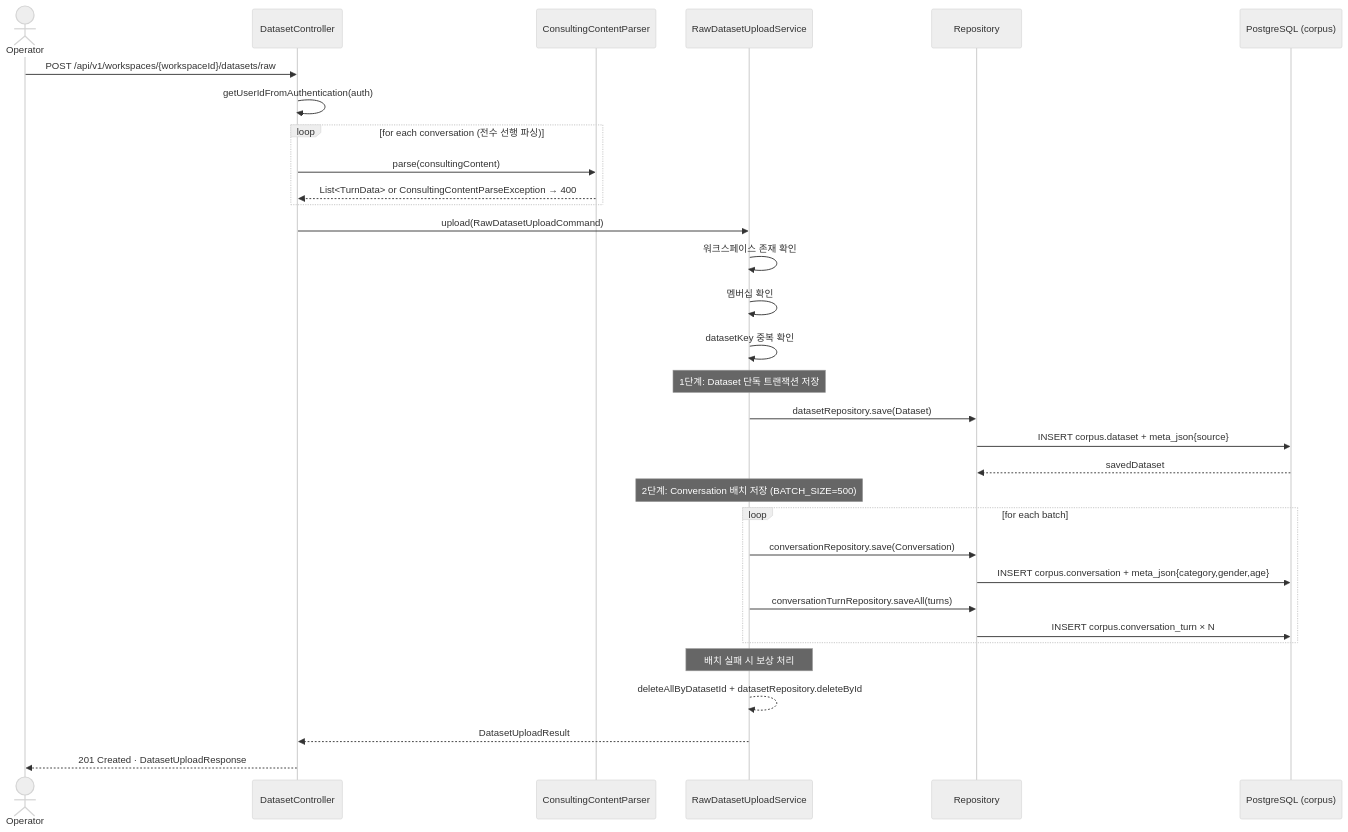
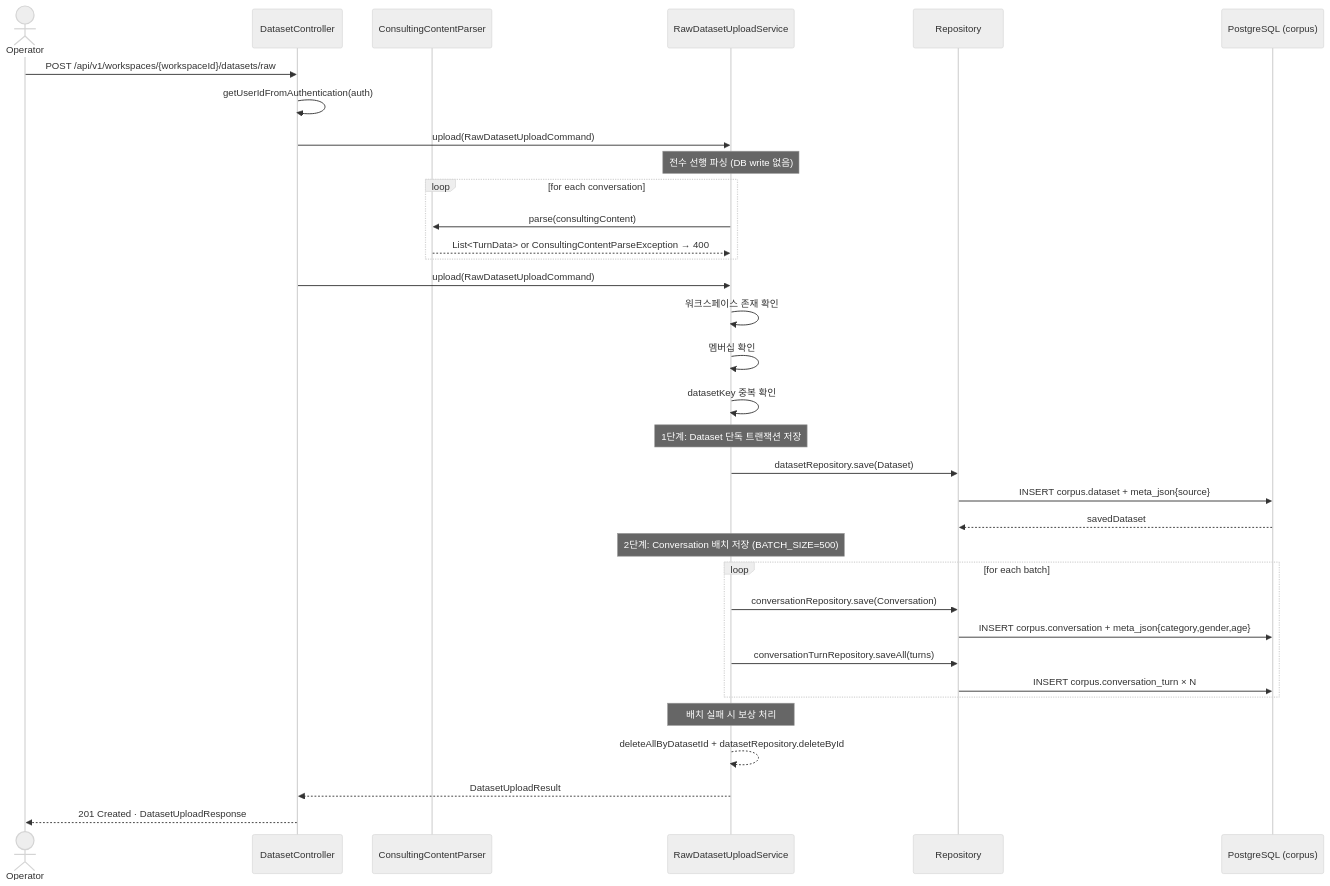
The first of 2 diagrams in .agent/specs/121.md (ajou-2026-1-capstone-5/ostone), drawn with Mermaid (neutral theme) before and after one commit.

Commit message:
docs(agent): align parsing subject in sequence diagram in .agent/specs/121.md

````diff
--- a/.agent/specs/121.md
+++ b/.agent/specs/121.md
@@ -15,42 +15,45 @@
 ```mermaid
 sequenceDiagram
     actor op as Operator
     participant ctrl as DatasetController
     participant parser as ConsultingContentParser
     participant svc as RawDatasetUploadService
     participant repo as Repository
     participant db as PostgreSQL (corpus)
 
     op ->> ctrl: POST /api/v1/workspaces/{workspaceId}/datasets/raw
     ctrl ->> ctrl: getUserIdFromAuthentication(auth)
 
-    loop for each conversation (전수 선행 파싱)
-        ctrl ->> parser: parse(consultingContent)
-        parser -->> ctrl: List<TurnData> or ConsultingContentParseException → 400
-    end
+    ctrl ->> svc: upload(RawDatasetUploadCommand)
+    
+    Note over svc: 전수 선행 파싱 (DB write 없음)
+    loop for each conversation
+	    svc ->> parser: parse(consultingContent)
+	    parser -->> svc: List<TurnData> or ConsultingContentParseException → 400
+	  end
 
     ctrl ->> svc: upload(RawDatasetUploadCommand)
 
     svc ->> svc: 워크스페이스 존재 확인
     svc ->> svc: 멤버십 확인
     svc ->> svc: datasetKey 중복 확인
 
     Note over svc: 1단계: Dataset 단독 트랜잭션 저장
     svc ->> repo: datasetRepository.save(Dataset)
     repo ->> db: INSERT corpus.dataset + meta_json{source}
     db -->> repo: savedDataset
 
     Note over svc: 2단계: Conversation 배치 저장 (BATCH_SIZE=500)
     loop for each batch
         svc ->> repo: conversationRepository.save(Conversation)
         repo ->> db: INSERT corpus.conversation + meta_json{category,gender,age}
         svc ->> repo: conversationTurnRepository.saveAll(turns)
         repo ->> db: INSERT corpus.conversation_turn × N
     end
 
     Note over svc: 배치 실패 시 보상 처리
     svc -->> svc: deleteAllByDatasetId + datasetRepository.deleteById
 
     svc -->> ctrl: DatasetUploadResult
     ctrl -->> op: 201 Created · DatasetUploadResponse
 ```
````
